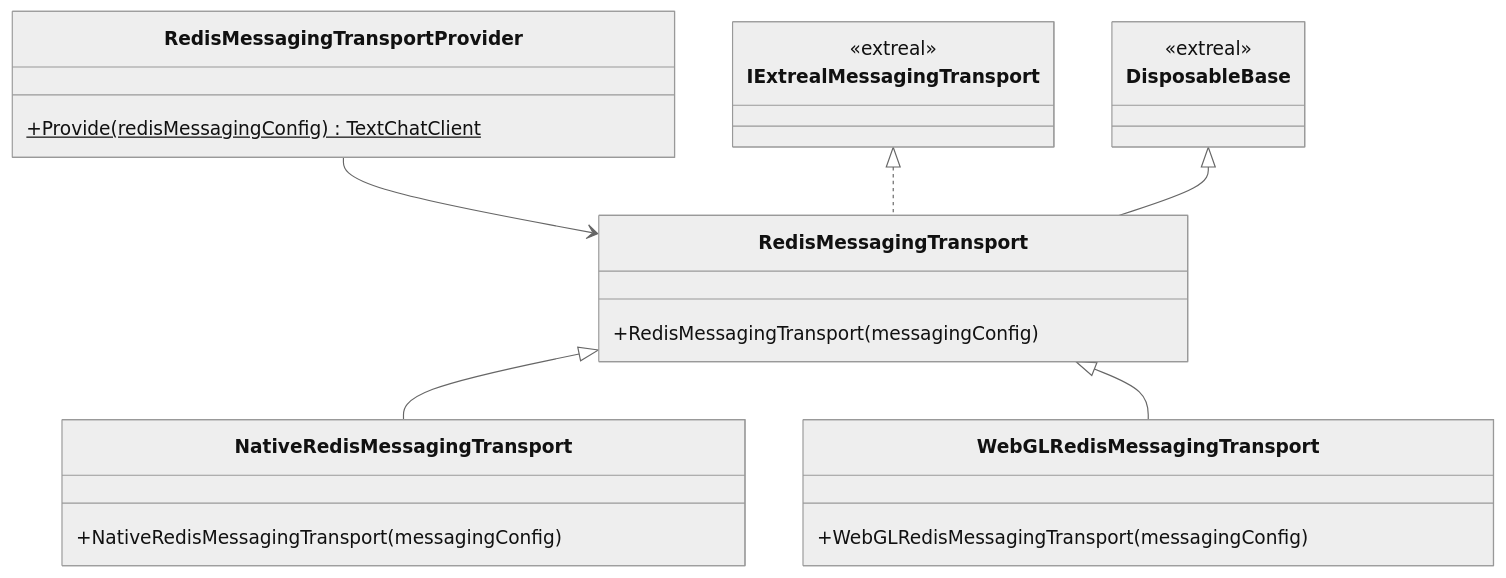
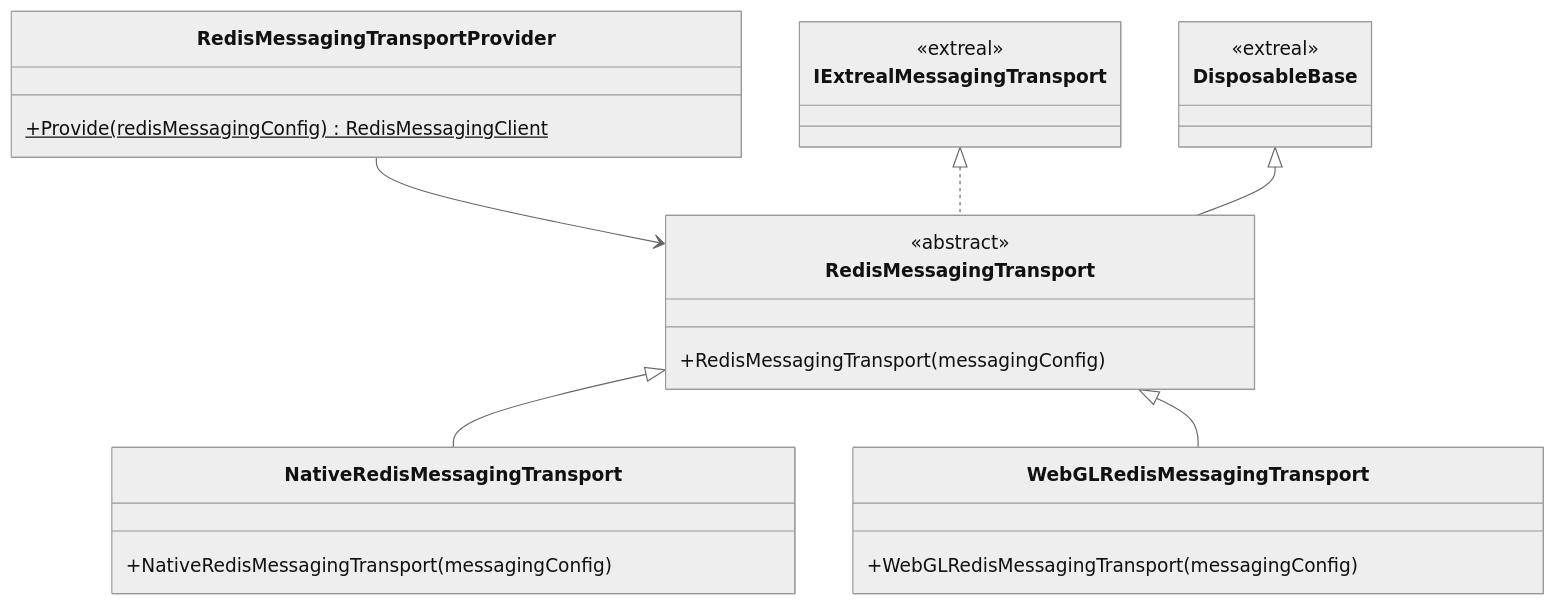
One commit to extreal-dev/Extreal.Guide changed the first of 2 diagrams in docs/integration/messaging.redis.md. Above: the diagram before and after it, drawn with Mermaid (neutral theme). The commit also changed other lines of this file and 5 other files, not shown here.

````diff
--- a/docs/integration/messaging.redis.md
+++ b/docs/integration/messaging.redis.md
@@ -22,33 +21,34 @@
 ```mermaid
 classDiagram
 
     RedisMessagingTransportProvider --> RedisMessagingTransport
     RedisMessagingTransport <|-- NativeRedisMessagingTransport
     RedisMessagingTransport <|-- WebGLRedisMessagingTransport
     IExtrealMessagingTransport <|.. RedisMessagingTransport
     DisposableBase <|-- RedisMessagingTransport
 
     class RedisMessagingTransportProvider {
-        +Provide(redisMessagingConfig)$ TextChatClient
+        +Provide(redisMessagingConfig)$ RedisMessagingClient
     }
     
     class RedisMessagingTransport {
+        <<abstract>>
         +RedisMessagingTransport(messagingConfig)
     }
     
     class NativeRedisMessagingTransport {
         +NativeRedisMessagingTransport(messagingConfig) 
     }
     
     class WebGLRedisMessagingTransport {
         +WebGLRedisMessagingTransport(messagingConfig)
     }
 
     class IExtrealMessagingTransport {
         <<extreal>>
     }
 
     class DisposableBase {
         <<extreal>>
     }
 ```
````
